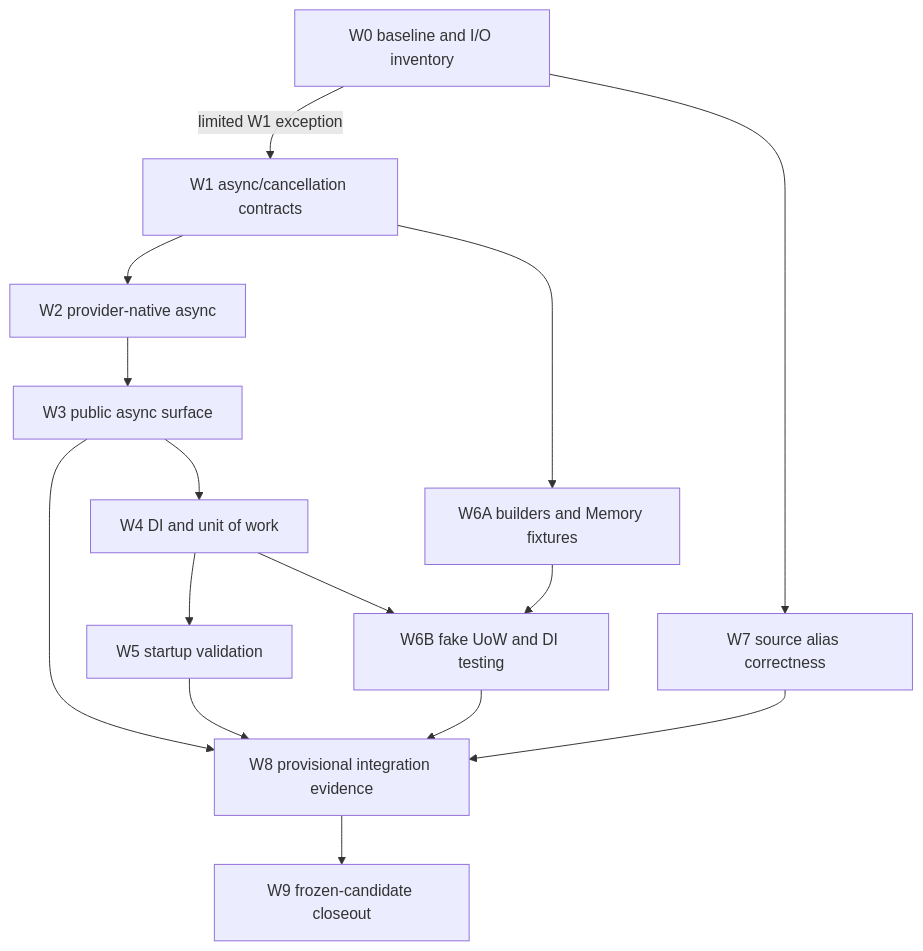
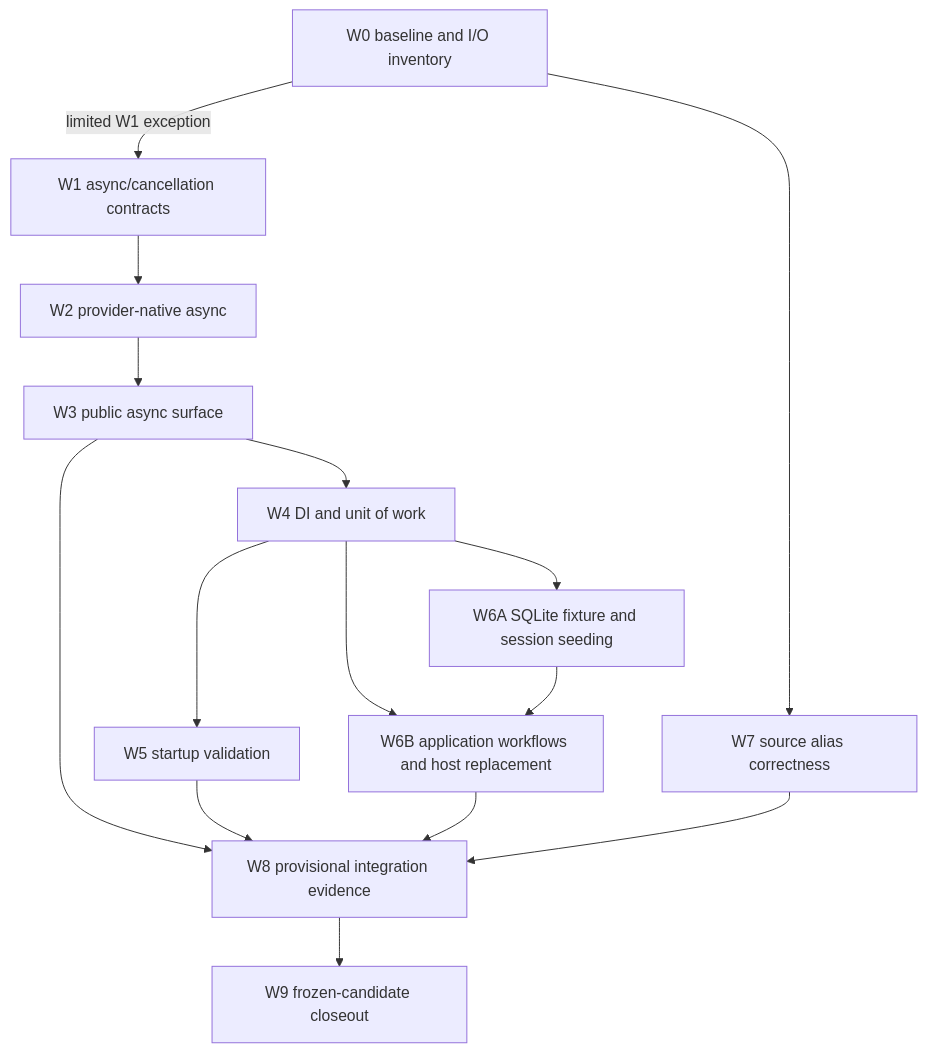
One commit to bazer/DataLinq changed the diagram in docs/dev-plans/roadmap-implementation/v0.10/Implementation Order and Integration Plan.md. Above: the diagram before and after it, drawn with Mermaid. The commit also changed other lines of this file and 15 other files, not shown here.

First line of the commit message:
Set the W6 scope for SQLite-backed application testing

````diff
--- a/docs/dev-plans/roadmap-implementation/v0.10/Implementation Order and Integration Plan.md
+++ b/docs/dev-plans/roadmap-implementation/v0.10/Implementation Order and Integration Plan.md
@@ -160,17 +149,17 @@
 ```mermaid
 flowchart TD
     W0["W0 baseline and I/O inventory"] -->|limited W1 exception| W1["W1 async/cancellation contracts"]
     W1 --> W2["W2 provider-native async"]
     W2 --> W3["W3 public async surface"]
     W3 --> W4["W4 DI and unit of work"]
     W4 --> W5["W5 startup validation"]
-    W4 --> W6B["W6B fake UoW and DI testing"]
-    W1 --> W6A["W6A builders and Memory fixtures"]
+    W4 --> W6B["W6B application workflows and host replacement"]
+    W4 --> W6A["W6A SQLite fixture and session seeding"]
     W6A --> W6B
     W0 --> W7["W7 source alias correctness"]
     W3 --> W8["W8 provisional integration evidence"]
     W5 --> W8
     W6B --> W8
     W7 --> W8
     W8 --> W9["W9 frozen-candidate closeout"]
 ```
````
